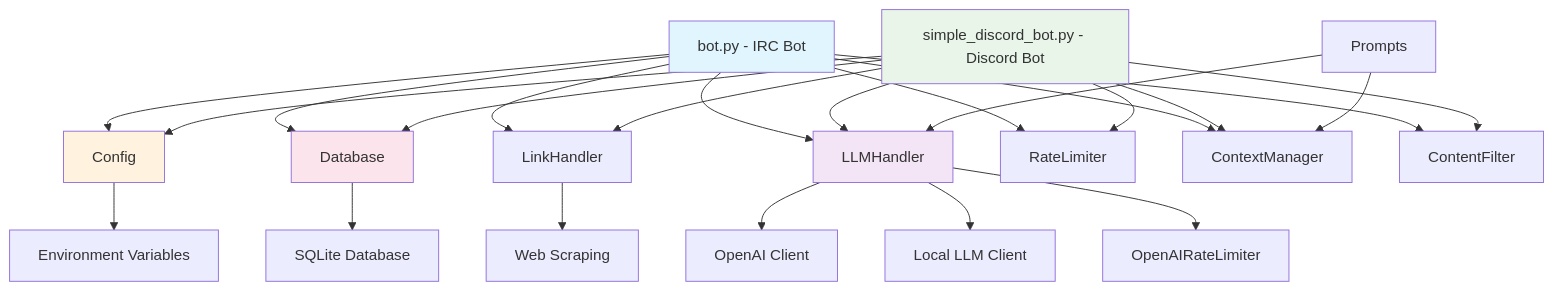
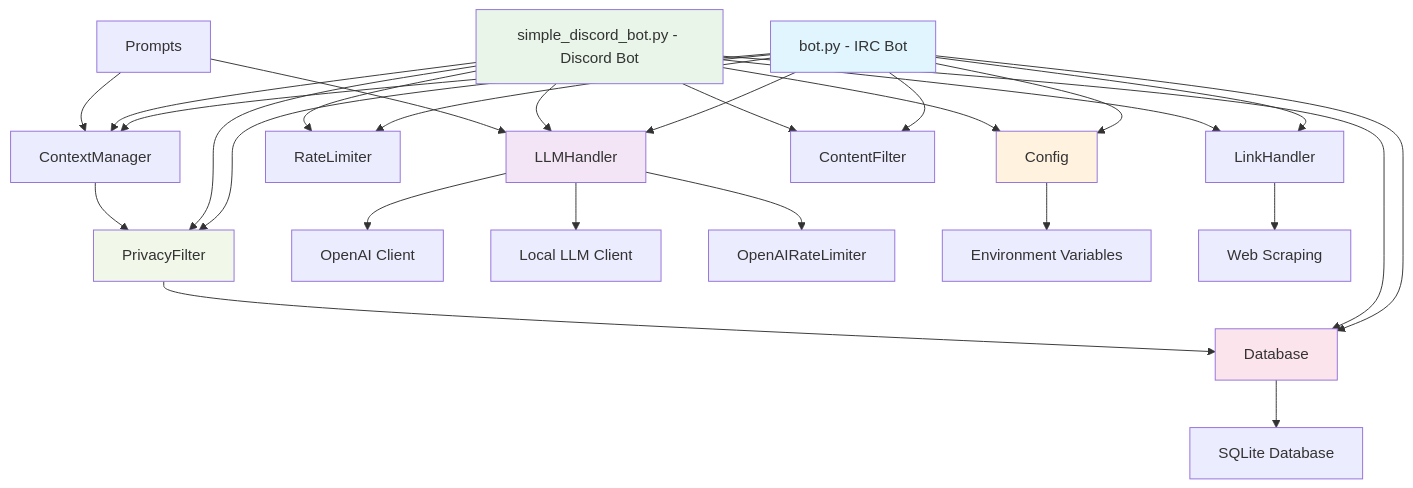
One commit to tcotav/aircbot changed the first of 2 diagrams in README.md. Above: the diagram before and after it, drawn with Mermaid. The commit also changed other lines of this file and 11 other files, not shown here.

````diff
--- a/README.md
+++ b/README.md
@@ -231,40 +269,50 @@
 ```mermaid
 graph TD
     A[bot.py - IRC Bot] --> B[Config]
     C[simple_discord_bot.py - Discord Bot] --> B
     
     A --> D[Database]
     C --> D
     
     A --> E[LinkHandler]
     C --> E
     
     A --> F[LLMHandler]
     C --> F
     
     A --> G[RateLimiter]
     C --> G
     
     A --> H[ContextManager]
     C --> H
     
     A --> I[ContentFilter]
     C --> I
     
+    A --> Q[PrivacyFilter]
+    C --> Q
+    
     F --> J[OpenAI Client]
     F --> K[Local LLM Client]
     F --> L[OpenAIRateLimiter]
+    
+    H --> Q
+    Q --> D
     
     B --> M[Environment Variables]
     D --> N[SQLite Database]
     E --> O[Web Scraping]
     
     P[Prompts] --> F
     P --> H
     
     style A fill:#e1f5fe
     style C fill:#e8f5e8
     style B fill:#fff3e0
     style D fill:#fce4ec
     style F fill:#f3e5f5
+    style Q fill:#f1f8e9
+    style B fill:#fff3e0
+    style D fill:#fce4ec
+    style F fill:#f3e5f5
 ```
````
